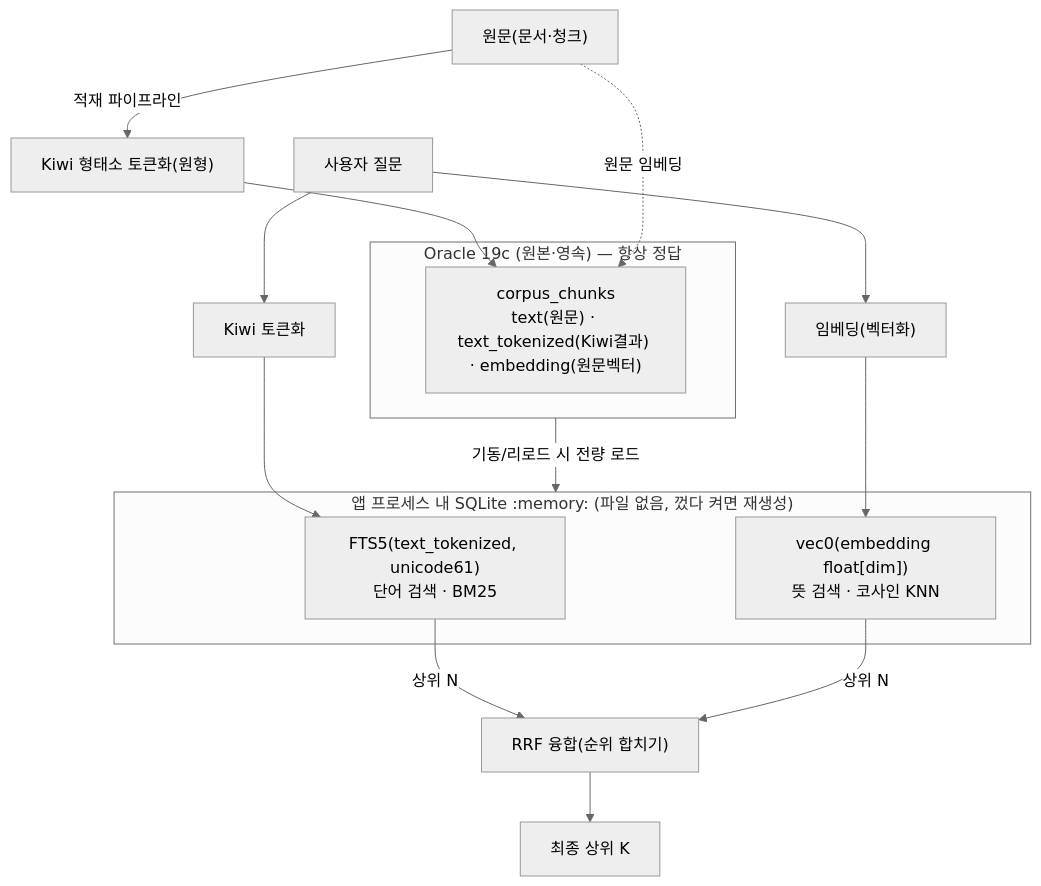
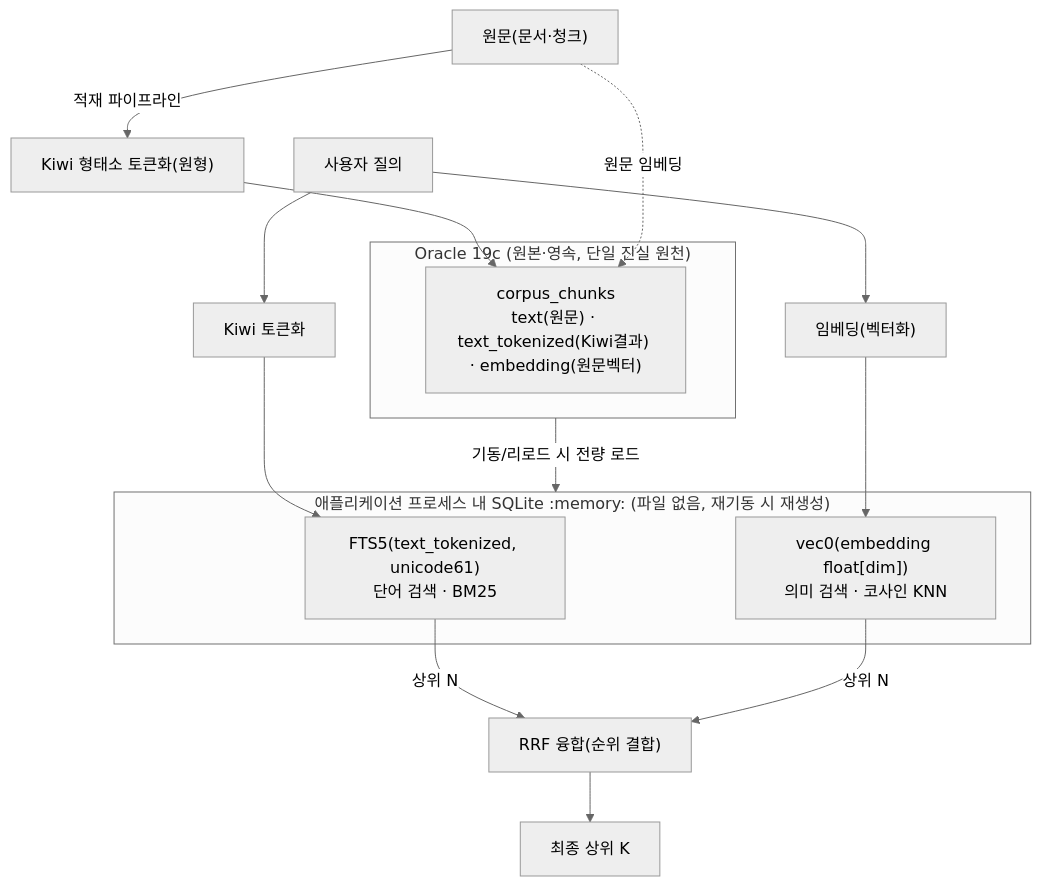
The diagram in docs/inmemory-search-poc.md (catinbox276/graph-search-chat), drawn with Mermaid (neutral theme) before and after one commit. The commit also changed other lines of this file, not shown here.

````diff
--- a/docs/inmemory-search-poc.md
+++ b/docs/inmemory-search-poc.md
@@ -82,22 +86,22 @@
 ```mermaid
 flowchart TB
     src["원문(문서·청크)"] -->|적재 파이프라인| kiwi["Kiwi 형태소 토큰화(원형)"]
 
-    subgraph ORA["Oracle 19c (원본·영속) — 항상 정답"]
+    subgraph ORA["Oracle 19c (원본·영속, 단일 진실 원천)"]
         cols["corpus_chunks<br/>text(원문) · text_tokenized(Kiwi결과) · embedding(원문벡터)"]
     end
     kiwi --> cols
     src -.원문 임베딩.-> cols
 
-    subgraph MEM["앱 프로세스 내 SQLite :memory: (파일 없음, 껐다 켜면 재생성)"]
+    subgraph MEM["애플리케이션 프로세스 내 SQLite :memory: (파일 없음, 재기동 시 재생성)"]
         fts["FTS5(text_tokenized, unicode61)<br/>단어 검색 · BM25"]
-        vec["vec0(embedding float[dim])<br/>뜻 검색 · 코사인 KNN"]
+        vec["vec0(embedding float[dim])<br/>의미 검색 · 코사인 KNN"]
     end
     ORA -->|기동/리로드 시 전량 로드| MEM
 
-    q["사용자 질문"] --> qk["Kiwi 토큰화"] --> fts
+    q["사용자 질의"] --> qk["Kiwi 토큰화"] --> fts
     q --> qe["임베딩(벡터화)"] --> vec
-    fts -->|상위 N| rrf["RRF 융합(순위 합치기)"]
+    fts -->|상위 N| rrf["RRF 융합(순위 결합)"]
     vec -->|상위 N| rrf
     rrf --> out["최종 상위 K"]
 ```
````
